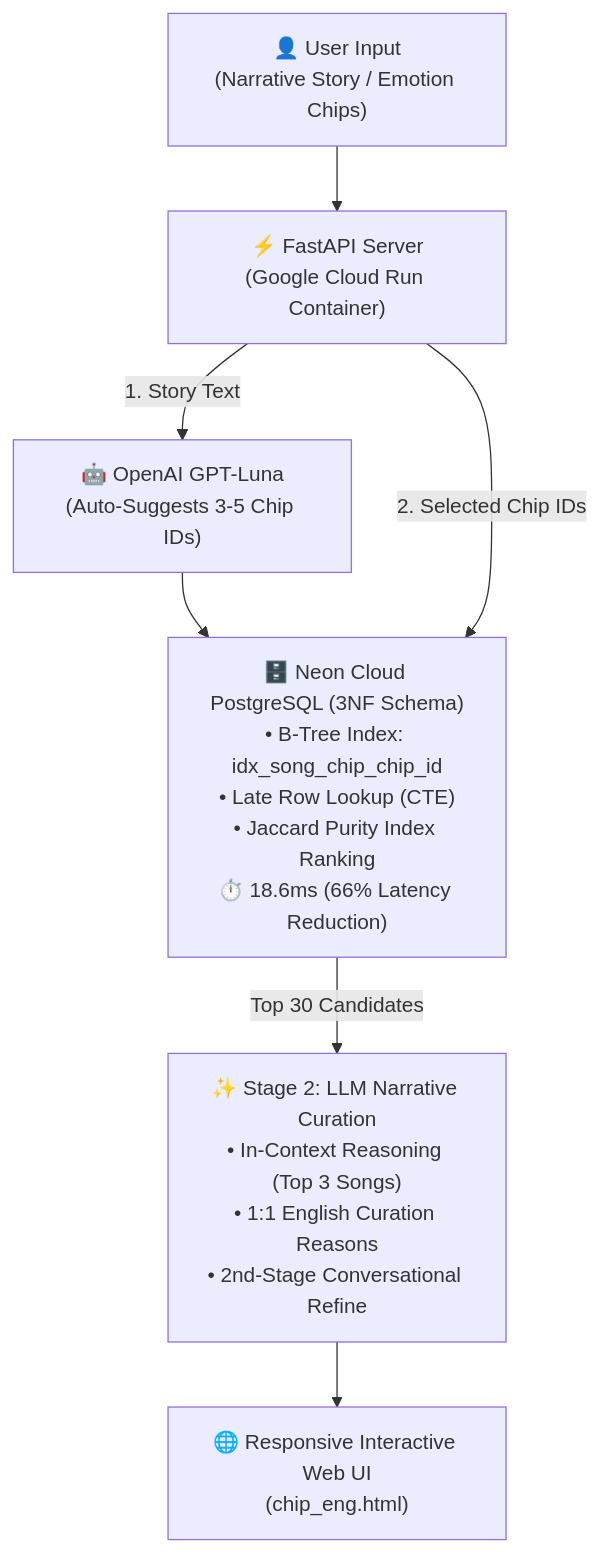
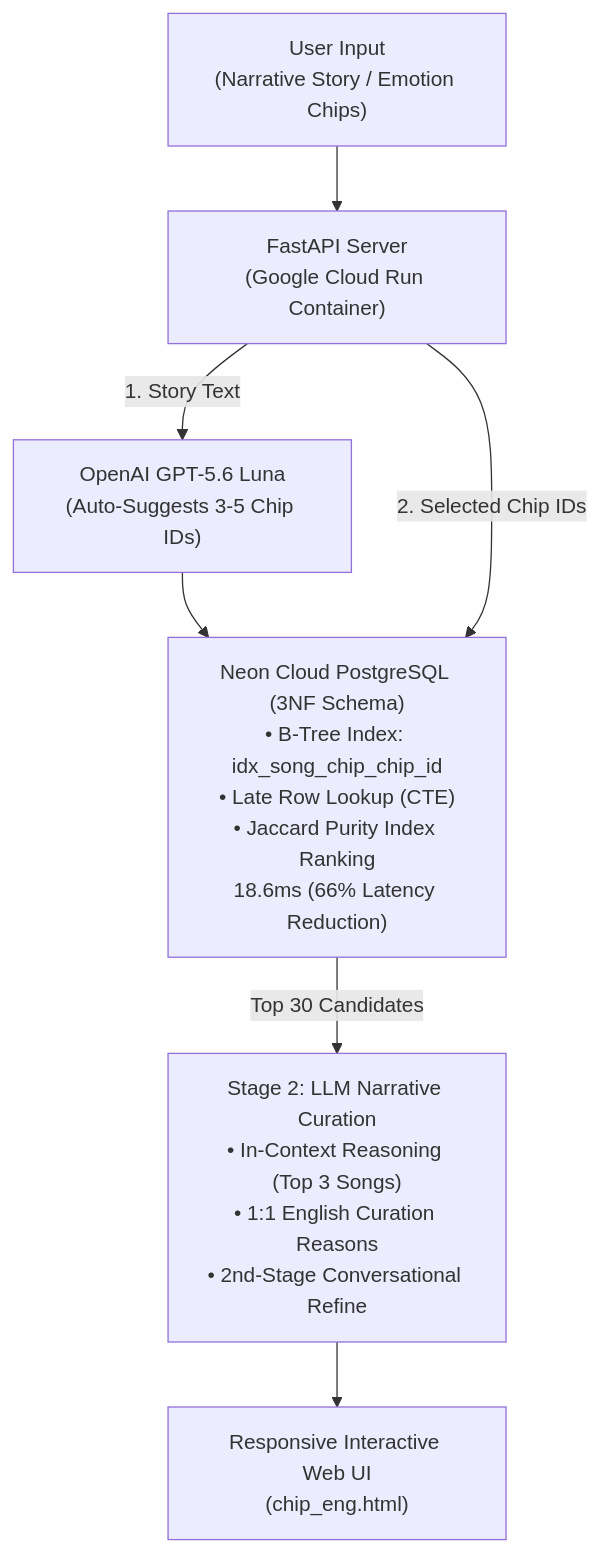
One commit to caseyYtchoo/chip-music-recommendation-eng changed the diagram in README.md. Above: the diagram before and after it, drawn with Mermaid.

````diff
--- a/README.md
+++ b/README.md
@@ -27,13 +27,13 @@
 ```mermaid
 flowchart TD
-    User["👤 User Input\n(Narrative Story / Emotion Chips)"] --> FastAPI["⚡ FastAPI Server\n(Google Cloud Run Container)"]
+    User["User Input\n(Narrative Story / Emotion Chips)"] --> FastAPI["FastAPI Server\n(Google Cloud Run Container)"]
     
-    FastAPI -->|"1. Story Text"| GPT_Chips["🤖 OpenAI GPT-Luna\n(Auto-Suggests 3-5 Chip IDs)"]
+    FastAPI -->|"1. Story Text"| GPT_Chips["OpenAI GPT-5.6 Luna\n(Auto-Suggests 3-5 Chip IDs)"]
     GPT_Chips --> DB
     
-    FastAPI -->|"2. Selected Chip IDs"| DB["🗄️ Neon Cloud PostgreSQL (3NF Schema)\n• B-Tree Index: idx_song_chip_chip_id\n• Late Row Lookup (CTE)\n• Jaccard Purity Index Ranking\n⏱️ 18.6ms (66% Latency Reduction)"]
+    FastAPI -->|"2. Selected Chip IDs"| DB["Neon Cloud PostgreSQL (3NF Schema)\n• B-Tree Index: idx_song_chip_chip_id\n• Late Row Lookup (CTE)\n• Jaccard Purity Index Ranking\n18.6ms (66% Latency Reduction)"]
     
-    DB -->|"Top 30 Candidates"| Curation["✨ Stage 2: LLM Narrative Curation\n• In-Context Reasoning (Top 3 Songs)\n• 1:1 English Curation Reasons\n• 2nd-Stage Conversational Refine"]
+    DB -->|"Top 30 Candidates"| Curation["Stage 2: LLM Narrative Curation\n• In-Context Reasoning (Top 3 Songs)\n• 1:1 English Curation Reasons\n• 2nd-Stage Conversational Refine"]
     
-    Curation --> UI["🌐 Responsive Interactive Web UI\n(chip_eng.html)"]
+    Curation --> UI["Responsive Interactive Web UI\n(chip_eng.html)"]
 ```
````
